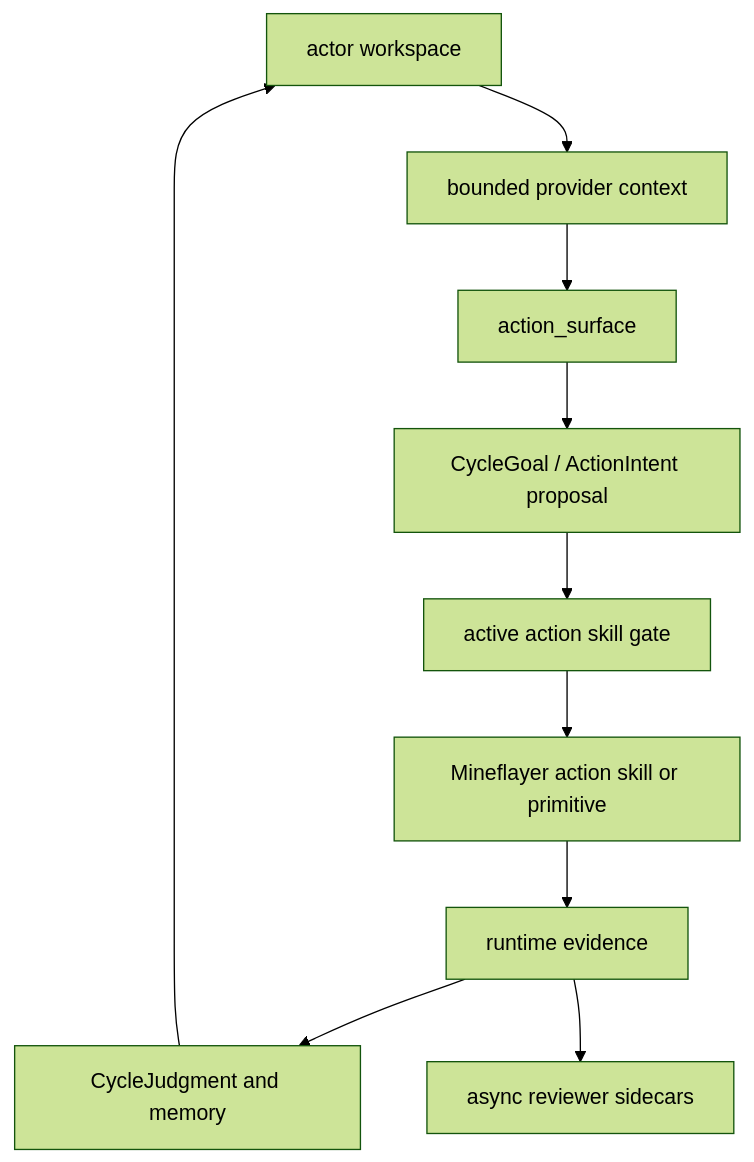
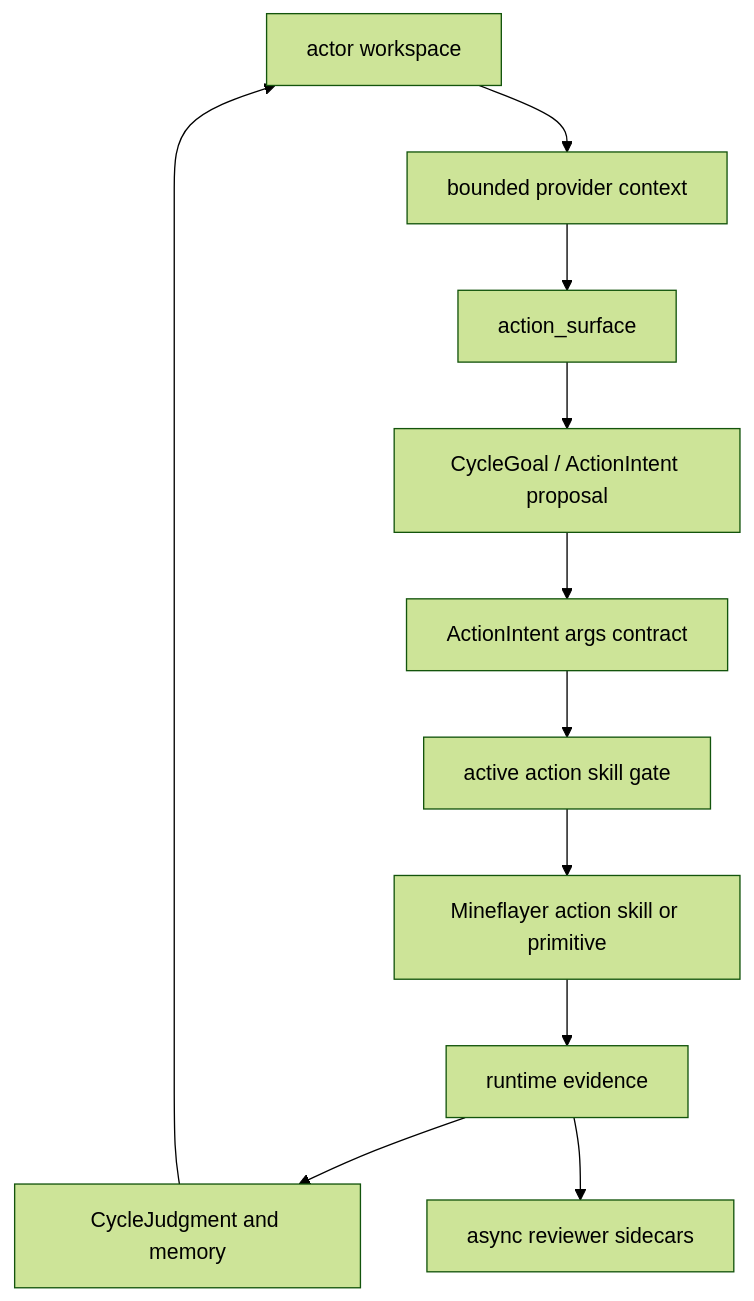
One commit to gigio1023/minecraft-llm-agent-community changed the first of 2 diagrams in docs/docs/intro.md. Above: the diagram before and after it, drawn with Mermaid (forest theme). The commit also changed other lines of this file and 31 other files, not shown here.

````diff
--- a/docs/docs/intro.md
+++ b/docs/docs/intro.md
@@ -40,22 +44,24 @@
 ```mermaid
 flowchart TD
   Workspace["actor workspace"]
   Context["bounded provider context"]
   Surface["action_surface"]
   Proposal["CycleGoal / ActionIntent proposal"]
   Gate["active action skill gate"]
   Action["Mineflayer action skill or primitive"]
   Evidence["runtime evidence"]
+  Contract["ActionIntent args contract"]
   Judgment["CycleJudgment and memory"]
   Review["async reviewer sidecars"]
 
   Workspace --> Context
   Context --> Surface
   Surface --> Proposal
-  Proposal --> Gate
+  Proposal --> Contract
+  Contract --> Gate
   Gate --> Action
   Action --> Evidence
   Evidence --> Judgment
   Judgment --> Workspace
   Evidence --> Review
 ```
````
